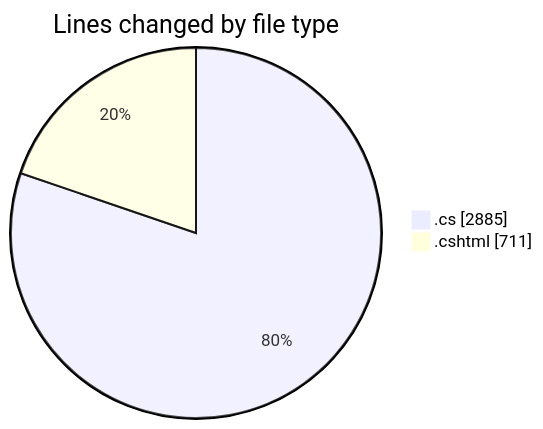
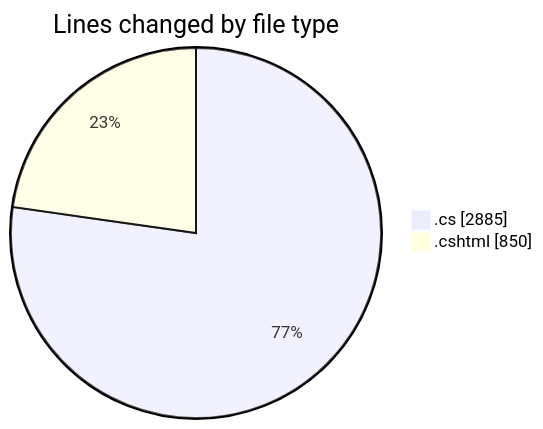
One commit to lephambinh05/code-tracking changed the first of 2 diagrams in 2025-07-15/nhahang/README.md. Above: the diagram before and after it, drawn with Mermaid. The commit also changed other lines of this file and 1 other file, not shown here.

````diff
--- a/2025-07-15/nhahang/README.md
+++ b/2025-07-15/nhahang/README.md
@@ -79,6 +79,6 @@
 ```mermaid
 pie showData
 title Lines changed by file type
 ".cs" : 2885
-".cshtml" : 711
+".cshtml" : 850
 ```
````
